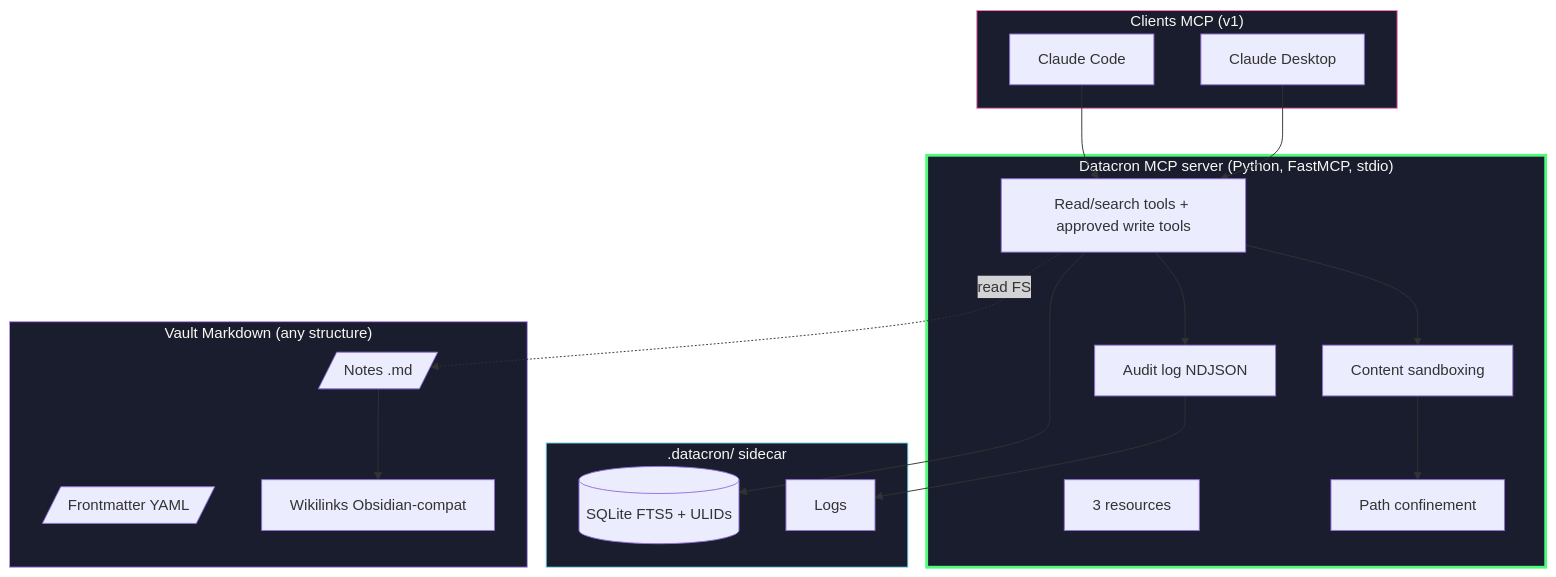
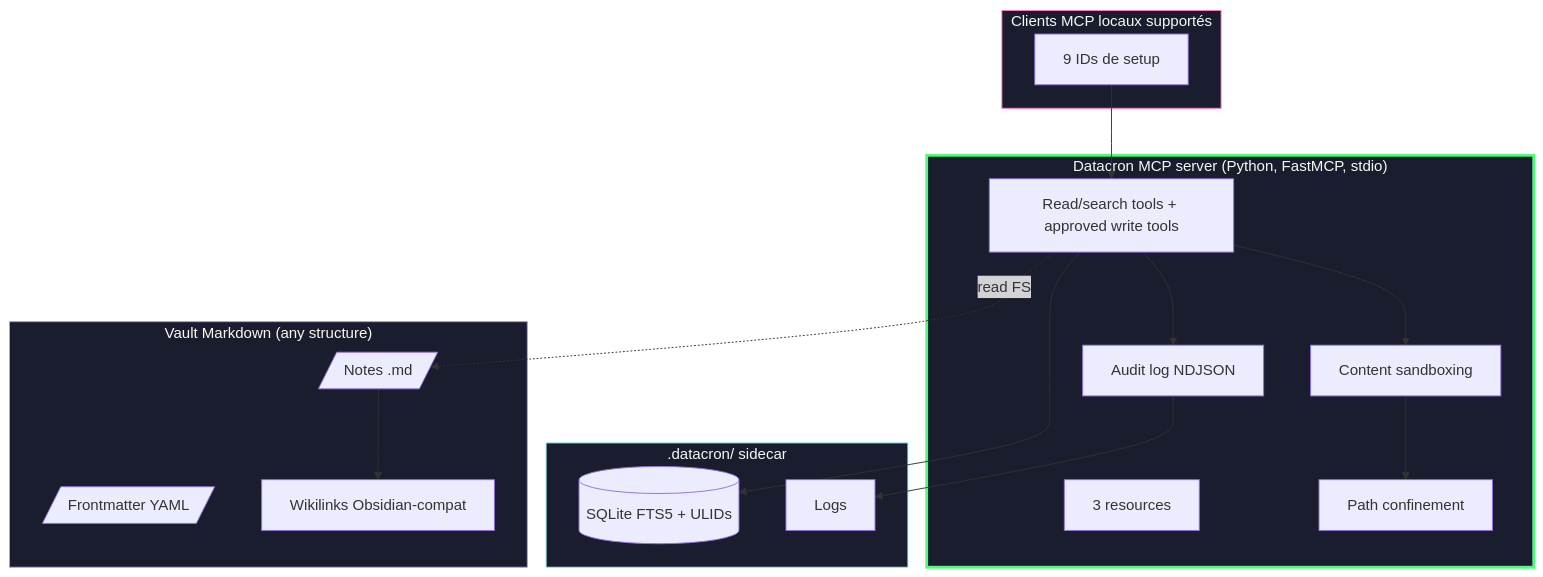
Before and after one commit to VBlackJack/Datacron: the first of 2 diagrams in docs/fr/architecture.md, drawn with Mermaid. The commit also changed other lines of this file and 2 other files, not shown here.

Commit message:
docs(architecture): supersede ADR-009, Cowork supports local stdio MCP (BL-0023)

````diff
--- a/docs/fr/architecture.md
+++ b/docs/fr/architecture.md
@@ -91,39 +90,37 @@
 ```mermaid
 flowchart TB
-    subgraph CLIENTS["Clients MCP (v1)"]
-        CD[Claude Desktop]
-        CC[Claude Code]
+    subgraph CLIENTS["Clients MCP locaux supportés"]
+        CLIENT[9 IDs de setup]
     end
 
     subgraph SERVER["Datacron MCP server (Python, FastMCP, stdio)"]
         TOOLS[Read/search tools + approved write tools]
         RES[3 resources]
         SBX[Content sandboxing]
         CONF[Path confinement]
         AUD[Audit log NDJSON]
     end
 
     subgraph SIDE[".datacron/ sidecar"]
         DB[(SQLite FTS5 + ULIDs)]
         LOGS[Logs]
     end
 
     subgraph VAULT["Vault Markdown (any structure)"]
         NOTES[/Notes .md/]
         FM[/Frontmatter YAML/]
         WL[Wikilinks Obsidian-compat]
     end
 
-    CD --> TOOLS
-    CC --> TOOLS
+    CLIENT --> TOOLS
     TOOLS --> SBX --> CONF
     TOOLS --> DB
     TOOLS -.read FS.-> NOTES
     NOTES --> WL
     TOOLS --> AUD --> LOGS
 
     style SERVER fill:#1a1d2e,stroke:#50fa7b,color:#f8f8f2,stroke-width:3px
     style VAULT fill:#1a1d2e,stroke:#bd93f9,color:#f8f8f2
     style SIDE fill:#1a1d2e,stroke:#8be9fd,color:#f8f8f2
     style CLIENTS fill:#1a1d2e,stroke:#ff79c6,color:#f8f8f2
 ```
````
